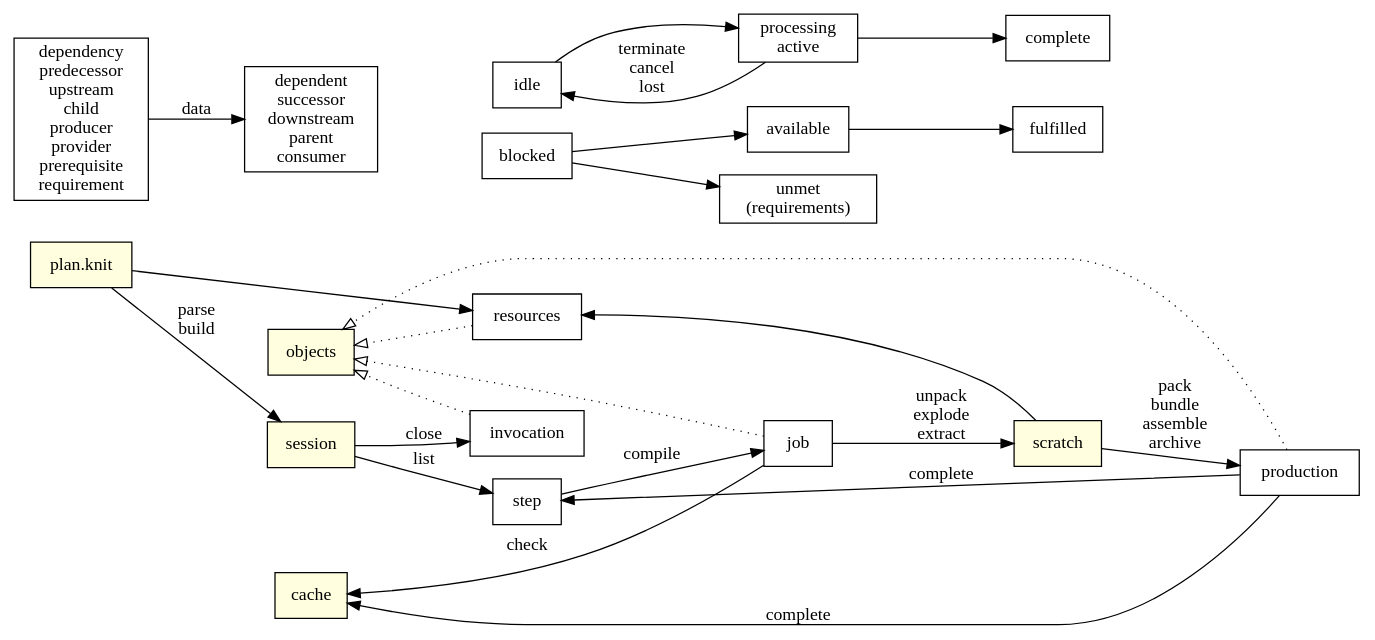
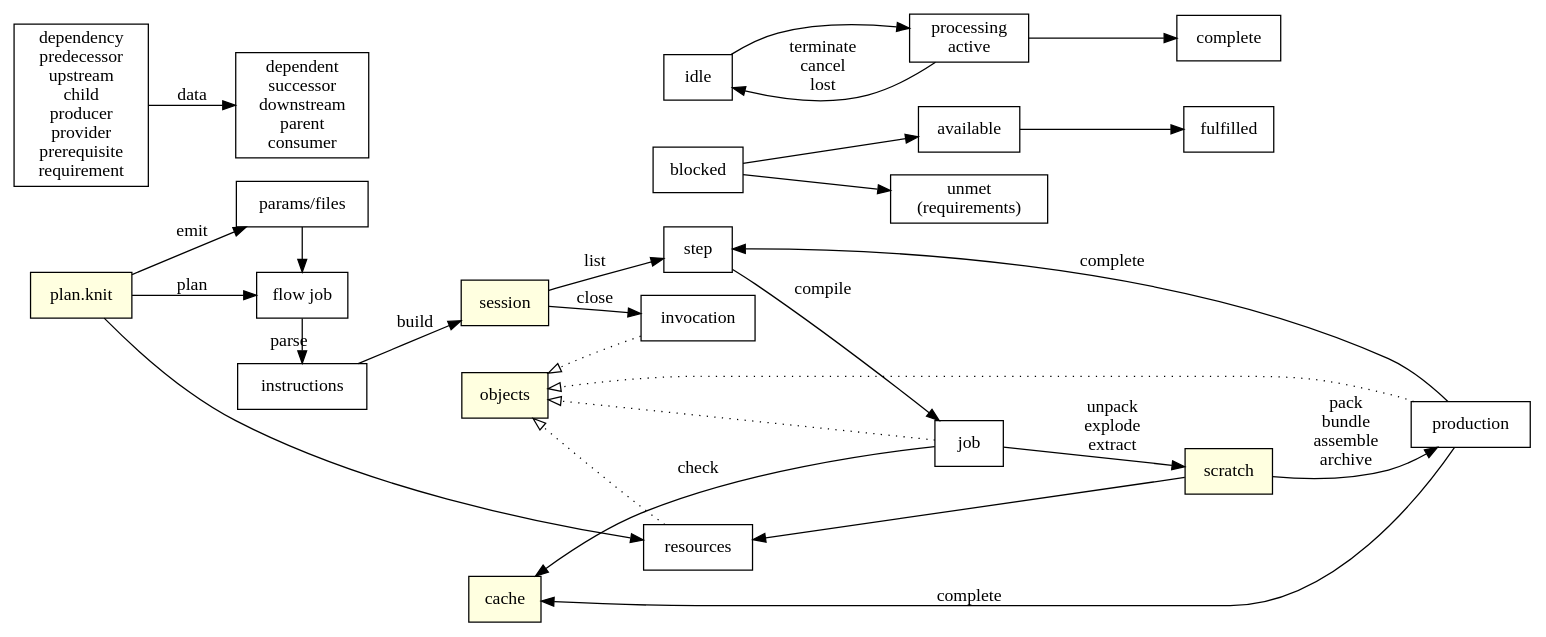
Before and after one commit to jmou/knit: the diagram in diagram.dot, drawn with Graphviz.

Commit message:
Update diagram.dot with flow job intermediate

```diff
--- a/diagram.dot
+++ b/diagram.dot
@@ -1,62 +1,68 @@
 digraph {
     rankdir=LR;
     node [shape=box];
 
     {
         node [style=filled,fillcolor=lightyellow];
 
         // session canonicalization to detect duplicate flows?
         "plan.knit";
         {
             rank=same;
             // .knit/sessions/xxxx
             session;
             // .knit/objects/xx/yyyy
             objects;
             // .knit/cache/xx/yyyy
             cache;
         }
         // .knit/scratch/xxxx
         scratch;
     }
 
-    "plan.knit" -> session [label="parse\nbuild"];
+    "plan.knit" -> "params/files" [label=emit];
+    "plan.knit" -> "flow job" [label=plan];
+    "params/files" -> "flow job";
+    "flow job" -> instructions [label=parse];
+    instructions -> session [label=build];
     "plan.knit" -> resources;
     step -> job [label=compile];
     job -> cache [label=check];
     production -> step [label=complete];
     session -> step [label=list];
     session -> invocation [label=close];
+
+    { rank=same; "params/files"; "flow job"; instructions; }
 
     // dispatch
     job -> scratch [label="unpack\nexplode\nextract"];
     scratch -> production [label="pack\nbundle\nassemble\narchive"];
     production -> cache [label=complete];
     scratch -> resources;
 
     {
         edge [style=dotted,arrowhead=empty];
         { resources job production invocation } -> objects;
     }
 
     { rank=same; resources; step; }
 
     // step states
     blocked;
     available;
     blocked -> available;
     available -> fulfilled;
     blocked -> "unmet\n(requirements)";
 
     // job states
     processing [label="processing\nactive"];
     idle -> processing -> complete;
     processing -> idle [label="terminate\ncancel\nlost"];
 
     // dependencies
     dependency [label="dependency\npredecessor\nupstream\nchild\nproducer\nprovider\nprerequisite\nrequirement"];
     dependent [label="dependent\nsuccessor\ndownstream\nparent\nconsumer"];
     dependency -> dependent [label=data];
 
     { rank=same; idle; blocked; step; }
 }
```
